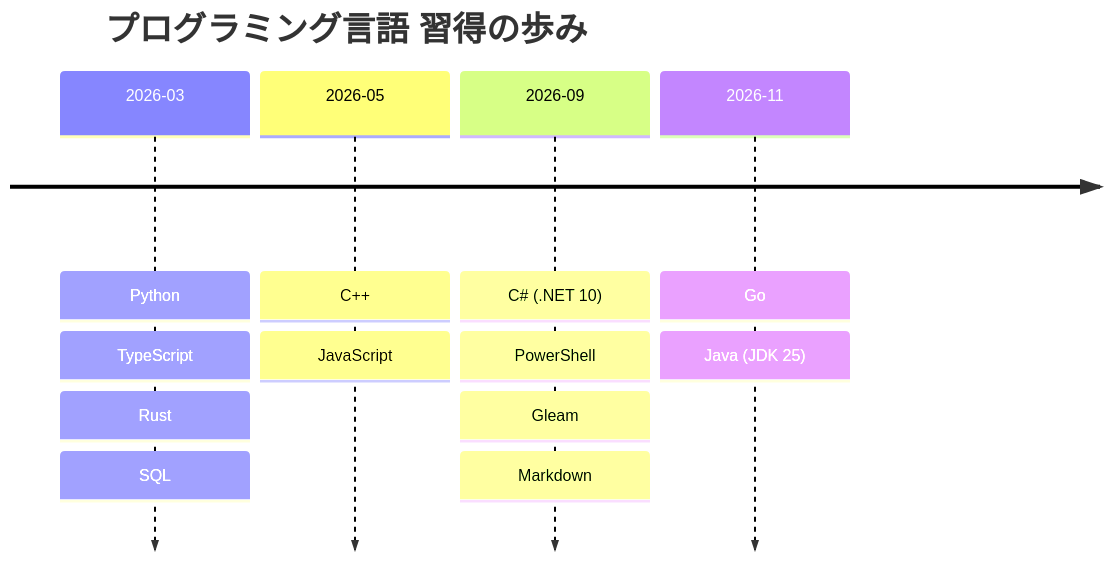
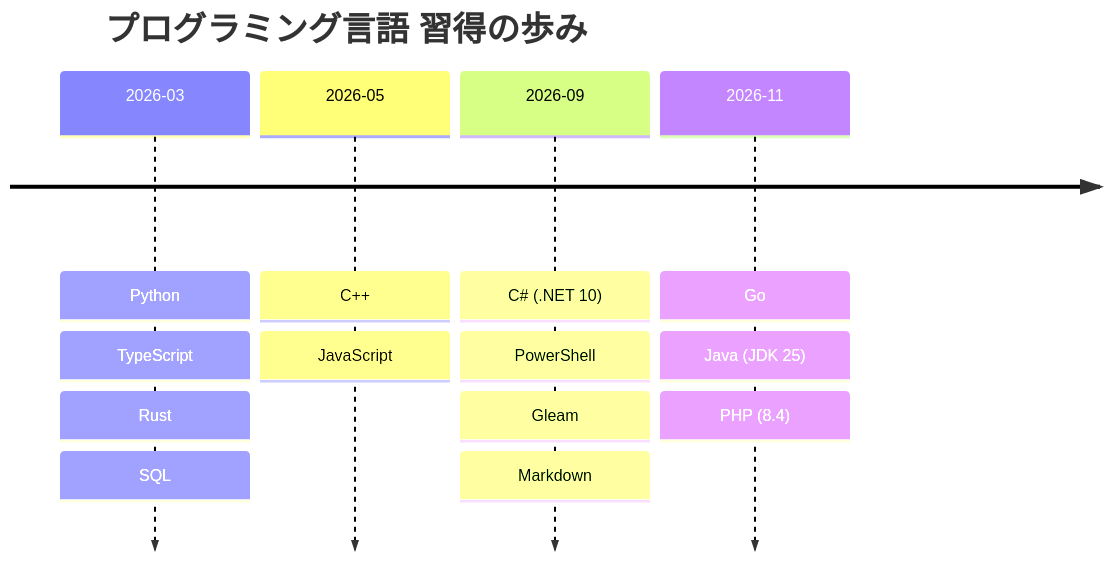
The first of 5 diagrams in tech_acquisition_matrix.md (maktak-105/myskill-manage), drawn with Mermaid before and after one commit. The commit also changed other lines of this file and 7 other files, not shown here.

````diff
--- a/tech_acquisition_matrix.md
+++ b/tech_acquisition_matrix.md
@@ -28,8 +28,8 @@
 ```mermaid
 timeline
     title プログラミング言語 習得の歩み
     2026-03 : Python : TypeScript : Rust : SQL
     2026-05 : C++ : JavaScript
     2026-09 : C# (.NET 10) : PowerShell : Gleam : Markdown
-    2026-11 : Go : Java (JDK 25)
+    2026-11 : Go : Java (JDK 25) : PHP (8.4)
 ```
````
